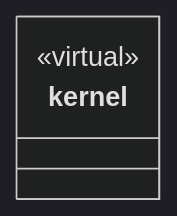
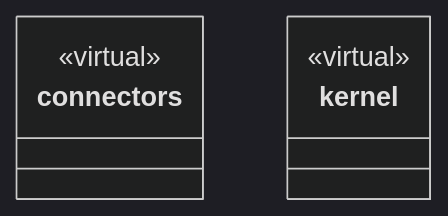
The second of 2 diagrams in src/framework/ARCHITECTURE.md (nan023062/cbim), drawn with Mermaid (dark theme) before and after one commit. The commit also changed other lines of this file and 374 other files, not shown here.

````diff
--- a/src/framework/ARCHITECTURE.md
+++ b/src/framework/ARCHITECTURE.md
@@ -61,7 +62,11 @@
 ```mermaid
 classDiagram
+class N_0b7ffb6a70f6["connectors"] {
+  <<virtual>>
+}
+click N_0b7ffb6a70f6 href "connectors/ARCHITECTURE.md"
 class N_20ee62e66639["kernel"] {
   <<virtual>>
 }
 click N_20ee62e66639 href "kernel/ARCHITECTURE.md"
 ```
````
